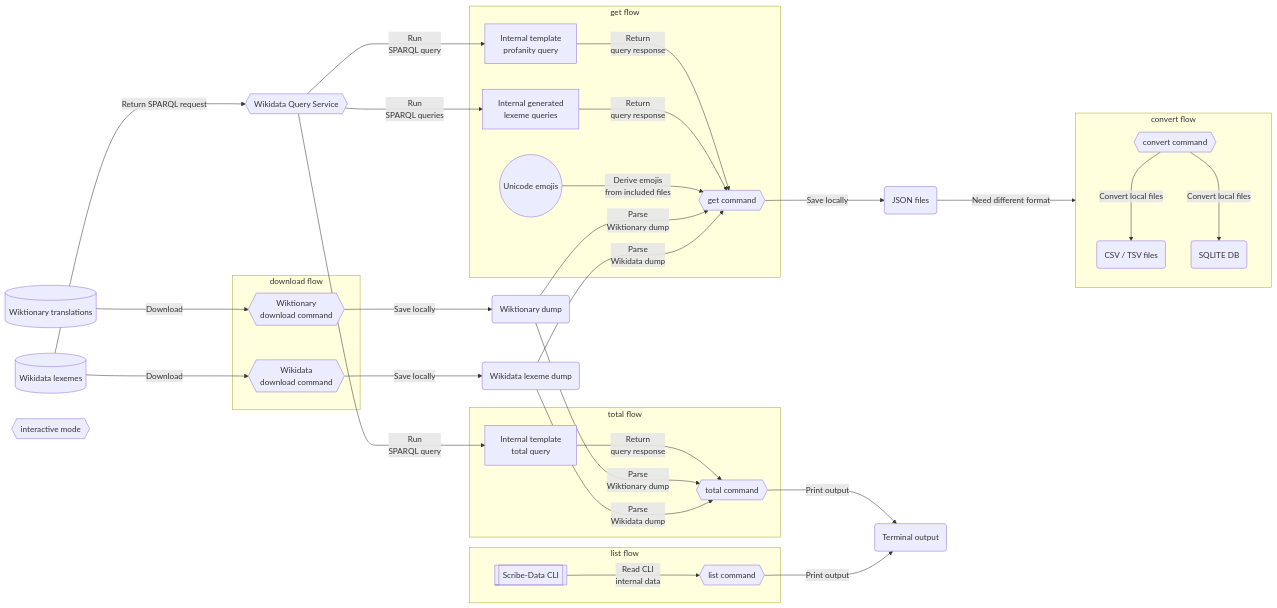
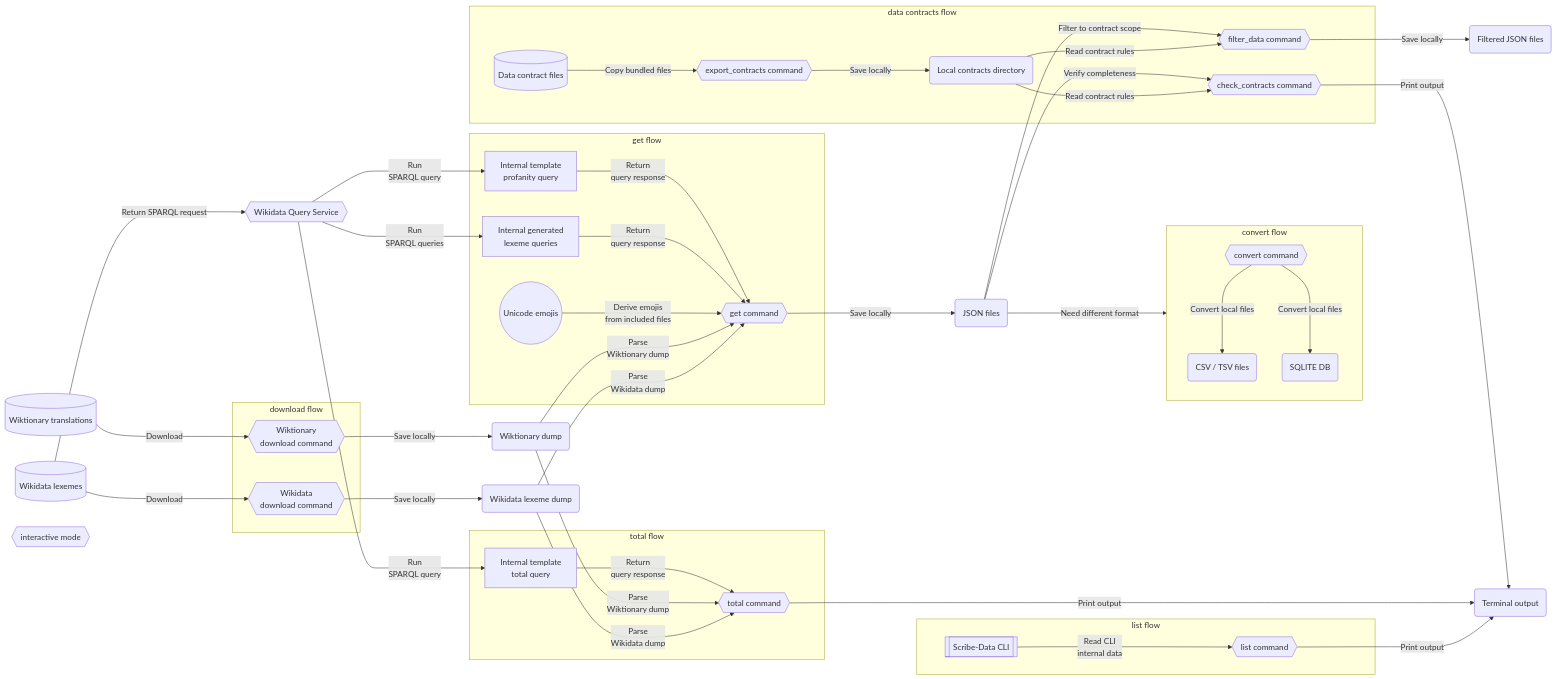
Before and after one commit to haasham1/Scribe-Data: the diagram in ARCHITECTURE.md, drawn with Mermaid. The commit also changed other lines of this file, not shown here.

Commit message:
updates in architecture.md

````diff
--- a/ARCHITECTURE.md
+++ b/ARCHITECTURE.md
@@ -43,6 +43,15 @@
     TOT{{total command}}
     CONV{{convert command}}
     INT{{interactive mode}}
+    EXPORTC{{export_contracts command}}
+    CHECKC{{check_contracts command}}
+    FILTERC{{filter_data command}}
+
+    %% Data contracts
+
+    CONTRACTS[(Data contract files)]
+    CDIR(Local contracts directory)
+    FILTJSON(Filtered JSON files)
 
     %% General flow
 
@@ -69,6 +78,15 @@
     LIST ---> |Print output| TERM
     TOT ---> |Print output| TERM
 
+    CONTRACTS ---> |Copy bundled files| EXPORTC
+    EXPORTC ---> |Save locally| CDIR
+    CDIR ---> |Read contract rules| CHECKC
+    JSON ---> |Verify completeness| CHECKC
+    CHECKC ---> |Print output| TERM
+    CDIR ---> |Read contract rules| FILTERC
+    JSON ---> |Filter to contract scope| FILTERC
+    FILTERC ---> |Save locally| FILTJSON
+
     %% Subgraphs
 
     subgraph DOWNLOAD_FLOW [download flow]
@@ -94,4 +112,12 @@
     subgraph LIST_FLOW [list flow]
     DATA ---> |Read CLI\ninternal data| LIST
     end
+
+    subgraph CONTRACTS_FLOW [data contracts flow]
+    CONTRACTS
+    EXPORTC
+    CHECKC
+    FILTERC
+    CDIR
+    end
 ```
````
